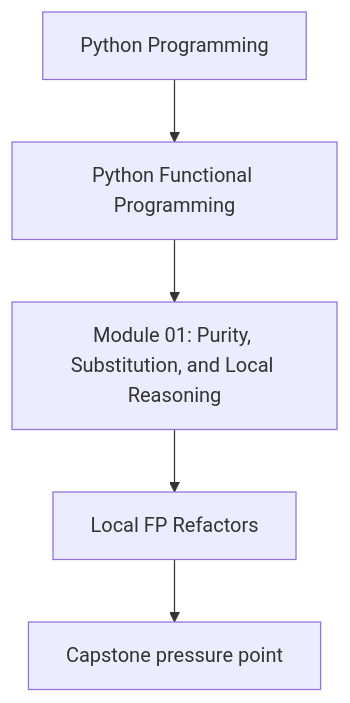
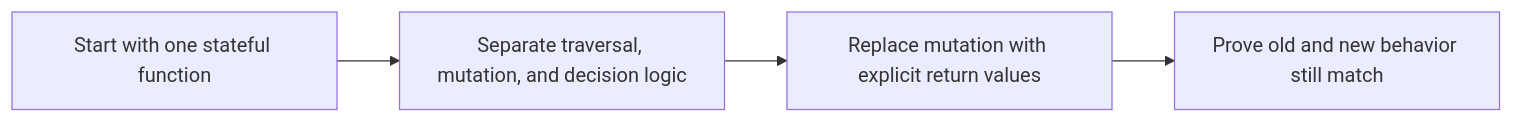
The diagram in programs/python-programming/python-functional-programming/course-book/module-01-purity-substitution-local-reasoning/local-fp-refactors.md (bijux/bijux-masterclass), drawn with Mermaid before and after one commit. The commit also changed other lines of this file, not shown here.

Commit message:
docs(functional-programming): make local refactor guidance more concrete

````diff
--- a/programs/python-programming/python-functional-programming/course-book/module-01-purity-substitution-local-reasoning/local-fp-refactors.md
+++ b/programs/python-programming/python-functional-programming/course-book/module-01-purity-substitution-local-reasoning/local-fp-refactors.md
@@ -7,7 +7,6 @@
 ```mermaid
-flowchart TD
-  family["Python Programming"] --> program["Python Functional Programming"]
-  program --> module["Module 01: Purity, Substitution, and Local Reasoning"]
-  module --> concept["Local FP Refactors"]
-  concept --> capstone["Capstone pressure point"]
+flowchart LR
+  legacy["Start with one stateful function"] --> split["Separate traversal, mutation, and decision logic"]
+  split --> replace["Replace mutation with explicit return values"]
+  replace --> prove["Prove old and new behavior still match"]
 ```
````
